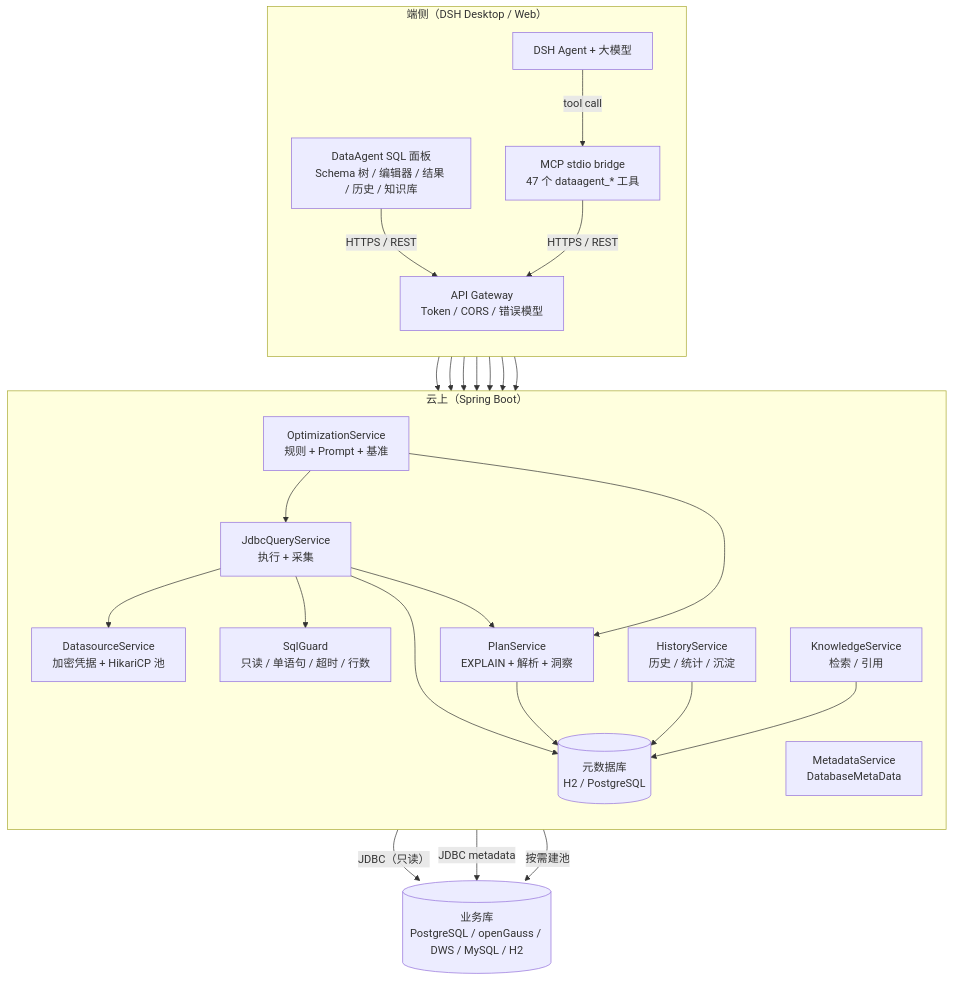
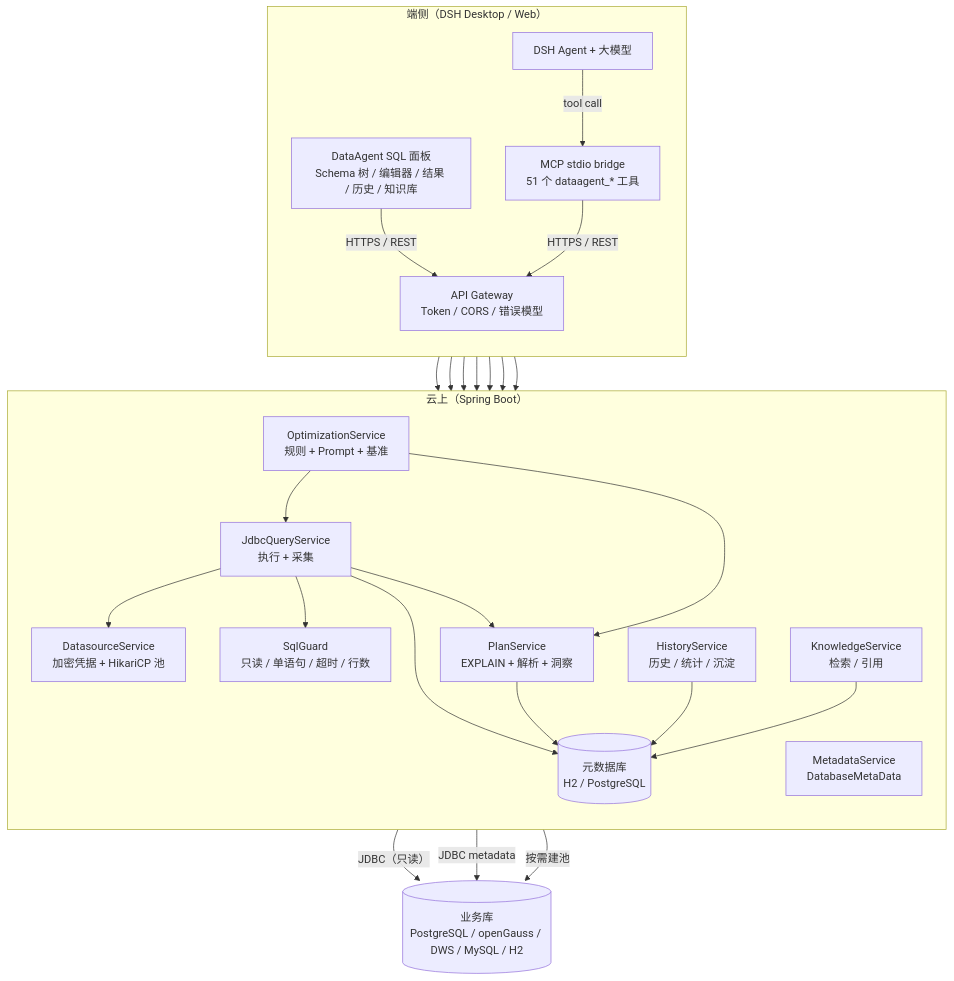
The first of 6 diagrams in docs/ARCHITECTURE.md (whllowp/DataAgent), drawn with Mermaid before and after one commit. The commit also changed other lines of this file and 21 other files, not shown here.

````diff
--- a/docs/ARCHITECTURE.md
+++ b/docs/ARCHITECTURE.md
@@ -25,47 +25,47 @@
 ```mermaid
 flowchart TB
   subgraph Edge["端侧（DSH Desktop / Web）"]
     direction TB
     Panel["DataAgent SQL 面板<br/>Schema 树 / 编辑器 / 结果 / 历史 / 知识库"]
     DSH["DSH Agent + 大模型"]
-    MCP["MCP stdio bridge<br/>47 个 dataagent_* 工具"]
+    MCP["MCP stdio bridge<br/>51 个 dataagent_* 工具"]
     Panel -->|"HTTPS / REST"| Gateway
     DSH -->|"tool call"| MCP
     MCP -->|"HTTPS / REST"| Gateway
   end
 
   subgraph Cloud["云上（Spring Boot）"]
     direction TB
     Gateway["API Gateway<br/>Token / CORS / 错误模型"]
     DS["DatasourceService<br/>加密凭据 + HikariCP 池"]
     Meta["MetadataService<br/>DatabaseMetaData"]
     Guard["SqlGuard<br/>只读 / 单语句 / 超时 / 行数"]
     Exec["JdbcQueryService<br/>执行 + 采集"]
     Plan["PlanService<br/>EXPLAIN + 解析 + 洞察"]
     Hist["HistoryService<br/>历史 / 统计 / 沉淀"]
     KB["KnowledgeService<br/>检索 / 引用"]
     Opt["OptimizationService<br/>规则 + Prompt + 基准"]
     Store[("元数据库<br/>H2 / PostgreSQL")]
     Gateway --> DS
     Gateway --> Meta
     Gateway --> Guard
     Gateway --> Exec
     Gateway --> Hist
     Gateway --> KB
     Gateway --> Opt
     Exec --> Guard
     Exec --> DS
     Exec --> Plan
     Exec --> Store
     Plan --> Store
     Hist --> Store
     KB --> Store
     Opt --> Exec
     Opt --> Plan
   end
 
   DB[("业务库<br/>PostgreSQL / openGauss / DWS / MySQL / H2")]
   Exec -->|"JDBC（只读）"| DB
   Meta -->|"JDBC metadata"| DB
   DS -->|"按需建池"| DB
 ```
````
